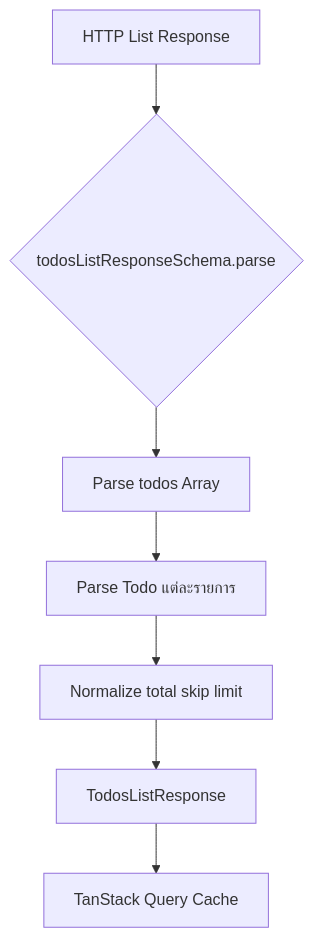
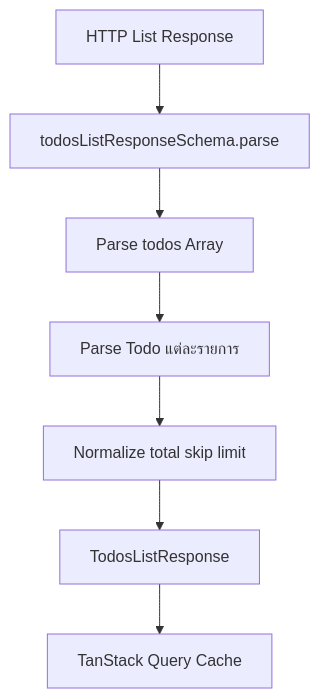
One commit to thehermitdev/tanstack-router-boilerplate changed the second of 3 diagrams in docs/details/todos/api-contract.md. Above: the diagram before and after it, drawn with Mermaid. The commit also changed other lines of this file, not shown here.

Commit message:
docs(todos): Fix mermaid diagram syntax in api-contract.md
Updated mermaid diagram syntax for better clarity.

````diff
--- a/docs/details/todos/api-contract.md
+++ b/docs/details/todos/api-contract.md
@@ -212,9 +212,9 @@
 ```mermaid
 flowchart TD
-    A[HTTP List Response] --> B{todosListResponseSchema.parse}
+    A[HTTP List Response] --> B[todosListResponseSchema.parse]
     B --> C[Parse todos Array]
     C --> D[Parse Todo แต่ละรายการ]
     D --> E[Normalize total skip limit]
     E --> F[TodosListResponse]
     F --> G[TanStack Query Cache]
 ```
````
